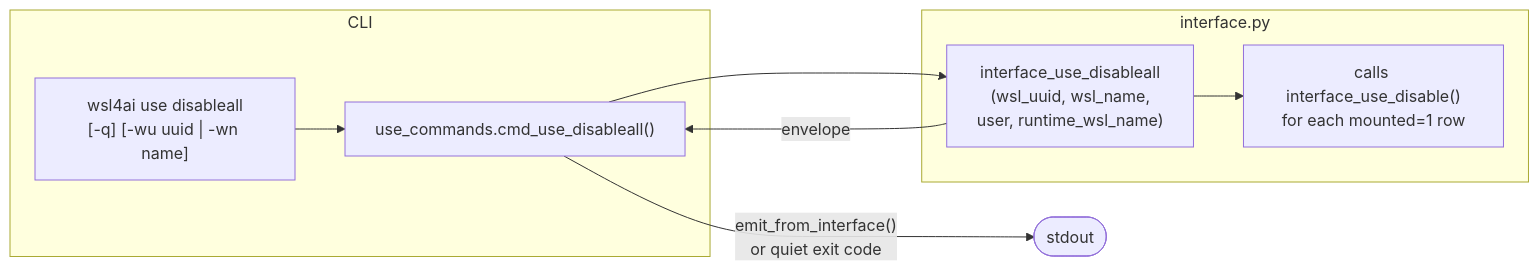
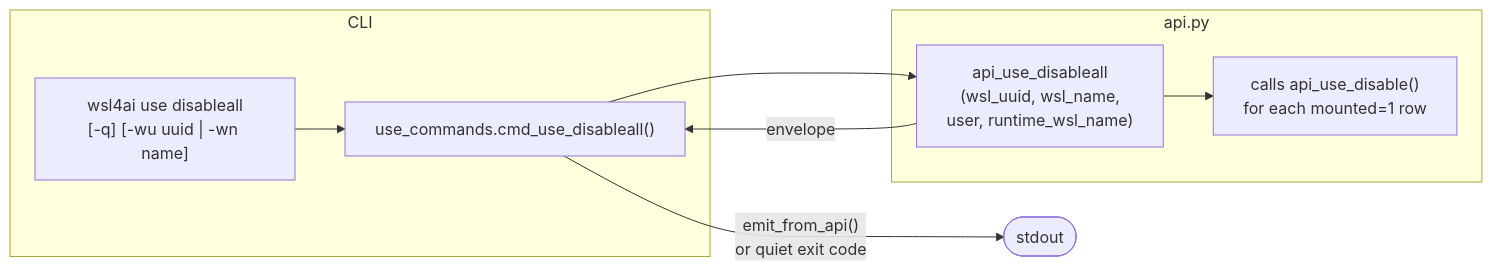
Before and after one commit to rmompo/wsl4ai: the sixth of 6 diagrams in specs/tool/specs-use.md, drawn with Mermaid. The commit also changed other lines of this file and 20 other files, not shown here.

First line of the commit message:
v1.6.3: rename interface.py → api.py, interface_* → api_*

````diff
--- a/specs/tool/specs-use.md
+++ b/specs/tool/specs-use.md
@@ -333,17 +333,17 @@
 ```mermaid
 flowchart LR
     subgraph CLI
         uda["wsl4ai use disableall\n[-q] [-wu uuid | -wn name]"]
         cmd["use_commands.cmd_use_disableall()"]
         uda --> cmd
     end
-    subgraph Interface["interface.py"]
-        iface["interface_use_disableall\n(wsl_uuid, wsl_name,\nuser, runtime_wsl_name)"]
-        loop["calls interface_use_disable()\nfor each mounted=1 row"]
+    subgraph Interface["api.py"]
+        iface["api_use_disableall\n(wsl_uuid, wsl_name,\nuser, runtime_wsl_name)"]
+        loop["calls api_use_disable()\nfor each mounted=1 row"]
         iface --> loop
     end
 
     cmd --> iface
     iface -->|"envelope"| cmd
-    cmd -->|"emit_from_interface()\nor quiet exit code"| stdout([stdout])
+    cmd -->|"emit_from_api()\nor quiet exit code"| stdout([stdout])
 ```
````
